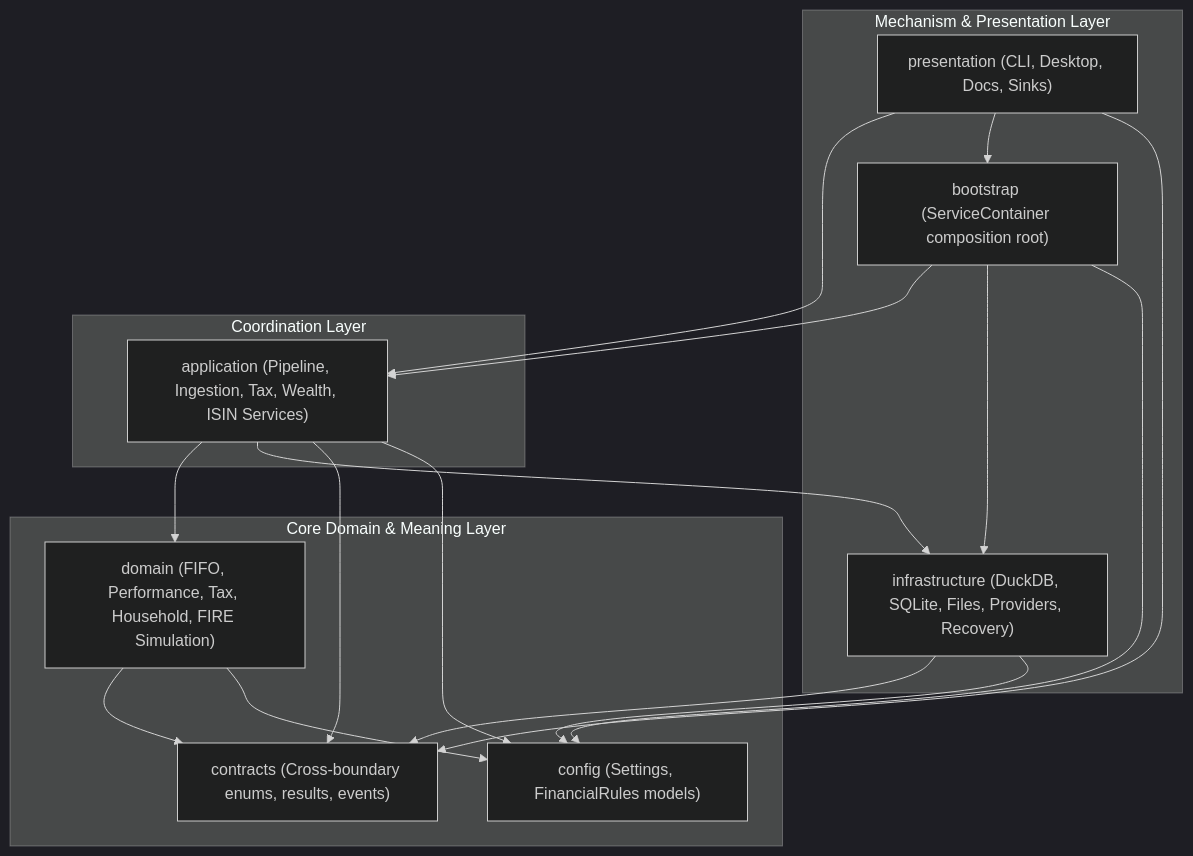
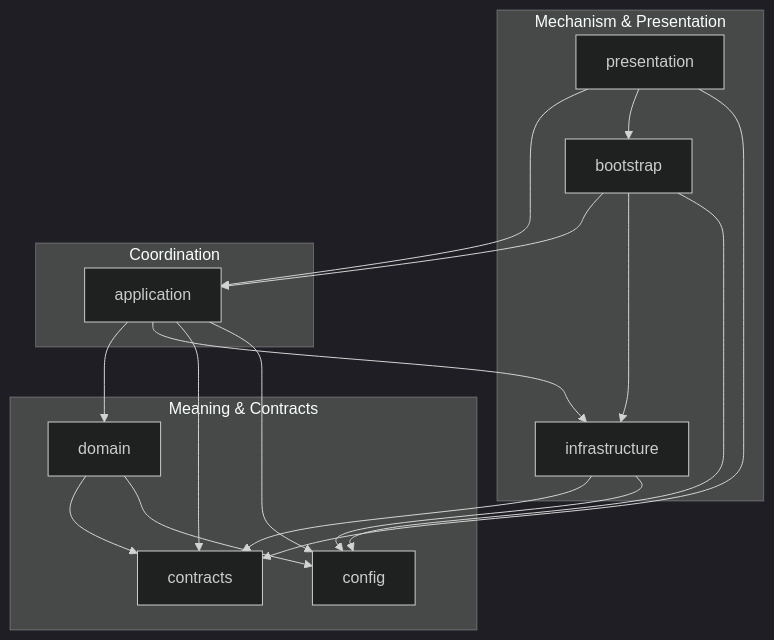
Before and after one commit to tks18/personal-finance-etl: the diagram in AGENTS.md, drawn with Mermaid (dark theme). The commit also changed other lines of this file and 5 other files, not shown here.

````diff
--- a/AGENTS.md
+++ b/AGENTS.md
@@ -33,33 +47,33 @@
 ```mermaid
 flowchart TB
-    subgraph Mechanism[Mechanism & Presentation Layer]
-        P["presentation (CLI, Desktop, Docs, Sinks)"]
-        B["bootstrap (ServiceContainer composition root)"]
-        I["infrastructure (DuckDB, SQLite, Files, Providers, Recovery)"]
+    subgraph Mechanism[Mechanism & Presentation]
+        P["presentation"]
+        B["bootstrap"]
+        I["infrastructure"]
     end
 
-    subgraph Coordination[Coordination Layer]
-        A["application (Pipeline, Ingestion, Tax, Wealth, ISIN Services)"]
+    subgraph Coordination[Coordination]
+        A["application"]
     end
 
-    subgraph Meaning[Core Domain & Meaning Layer]
-        D["domain (FIFO, Performance, Tax, Household, FIRE Simulation)"]
-        C["contracts (Cross-boundary enums, results, events)"]
-        CFG["config (Settings, FinancialRules models)"]
+    subgraph Meaning[Meaning & Contracts]
+        D["domain"]
+        C["contracts"]
+        CFG["config"]
     end
 
     P --> A
     P --> B
     P --> C
     B --> A
     B --> I
     B --> CFG
     A --> D
     A --> I
     A --> C
     A --> CFG
     I --> C
     I --> CFG
     D --> C
     D --> CFG
 ```
````
